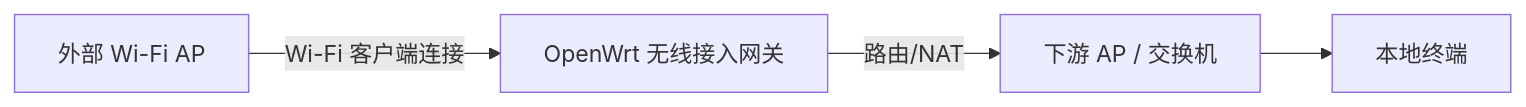
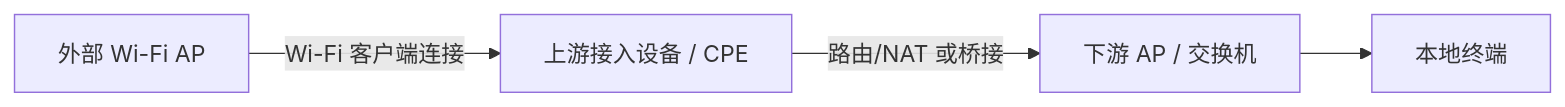
One commit to TMYTiMidlY/skills changed the diagram in skills/.curated/network/references/wifi-uplink.md. Above: the diagram before and after it, drawn with Mermaid. The commit also changed other lines of this file and 1 other file, not shown here.

````diff
--- a/skills/.curated/network/references/wifi-uplink.md
+++ b/skills/.curated/network/references/wifi-uplink.md
@@ -11,11 +11,11 @@
 ```mermaid
 flowchart LR
     upstream[外部 Wi-Fi AP]
-    gateway[OpenWrt 无线接入网关]
+    gateway[上游接入设备 / CPE]
     downstream[下游 AP / 交换机]
     clients[本地终端]
 
     upstream -->|Wi-Fi 客户端连接| gateway
-    gateway -->|路由/NAT| downstream
+    gateway -->|路由/NAT 或桥接| downstream
     downstream --> clients
 ```
````
